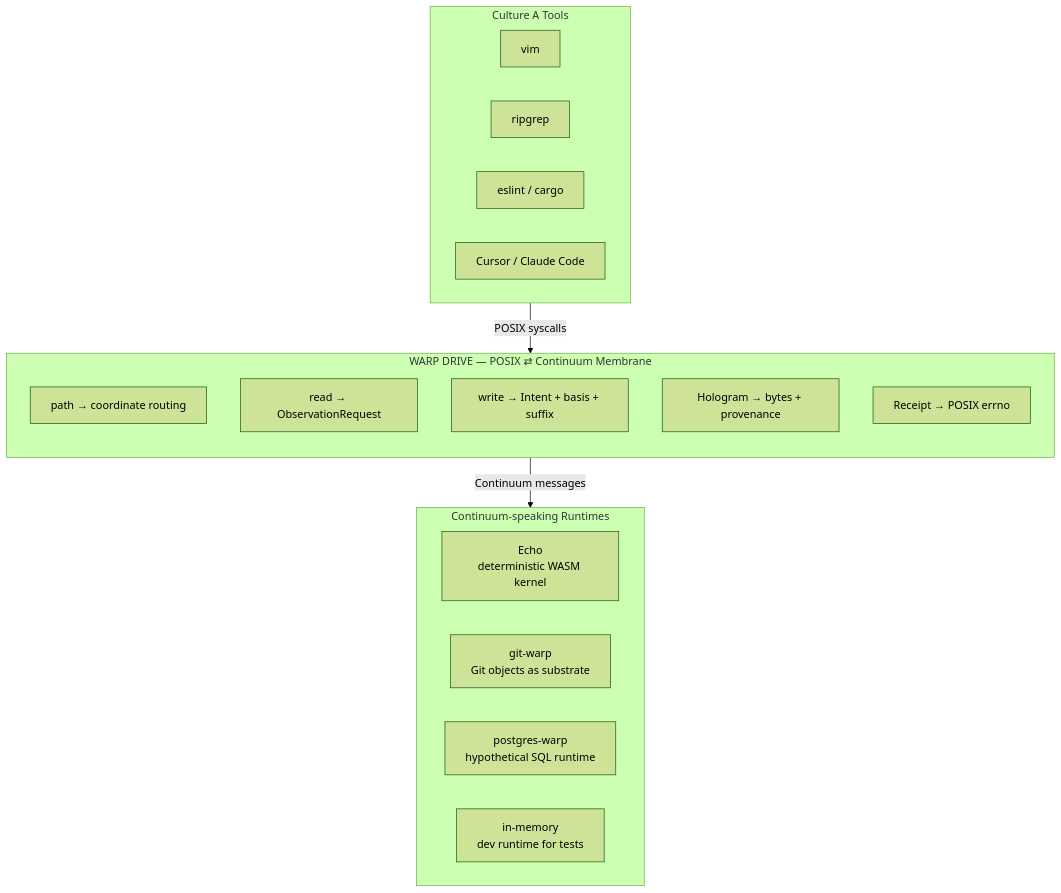
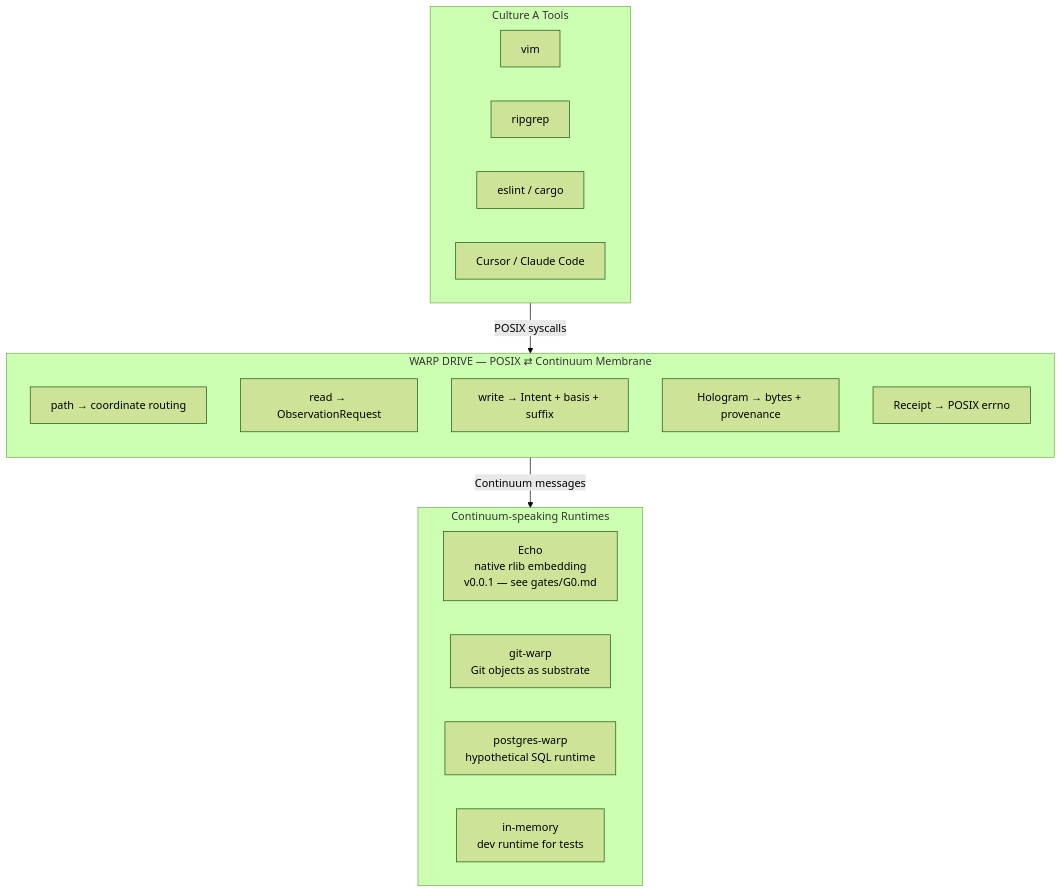
Before and after one commit to flyingrobots/warp-drive: the third of 8 diagrams in docs/TECHNICAL_DEEP_DIVE.md, drawn with Mermaid (forest theme). The commit also changed other lines of this file and 1 other file, not shown here.

````diff
--- a/docs/TECHNICAL_DEEP_DIVE.md
+++ b/docs/TECHNICAL_DEEP_DIVE.md
@@ -406,25 +407,25 @@
 ```mermaid
 flowchart TD
     subgraph CultureA["Culture A Tools"]
         T1[vim]
         T2[ripgrep]
         T3[eslint / cargo]
         T4[Cursor / Claude Code]
     end
     subgraph Membrane["WARP DRIVE — POSIX ⇄ Continuum Membrane"]
         direction TB
         R1[path → coordinate routing]
         R2[read → ObservationRequest]
         R3[write → Intent + basis + suffix]
         R4[Hologram → bytes + provenance]
         R5[Receipt → POSIX errno]
     end
     subgraph Runtimes["Continuum-speaking Runtimes"]
-        RT1[Echo<br />deterministic WASM kernel]
+        RT1[Echo<br />native rlib embedding<br/>v0.0.1 — see gates/G0.md]
         RT2[git-warp<br />Git objects as substrate]
         RT3[postgres-warp<br />hypothetical SQL runtime]
         RT4[in-memory<br />dev runtime for tests]
     end
     CultureA -->|POSIX syscalls| Membrane
     Membrane -->|Continuum messages| Runtimes
 ```
````
